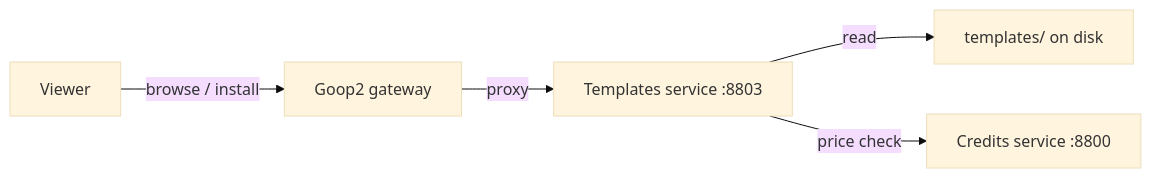
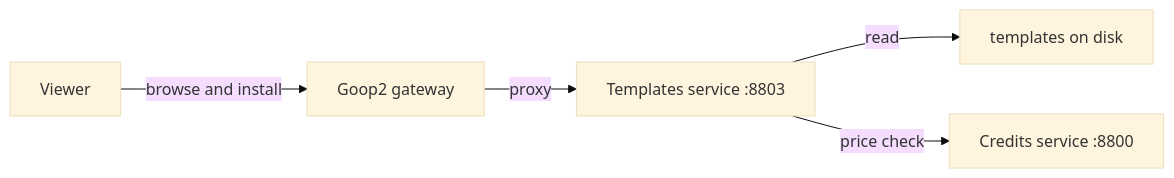
Before and after one commit to petervdpas/goop2: the diagram in internal/rendezvous/docs/05-templates.md, drawn with Mermaid (base theme). The commit also changed 9 other files, not shown here.

````diff
--- a/internal/rendezvous/docs/05-templates.md
+++ b/internal/rendezvous/docs/05-templates.md
@@ -60,7 +60,7 @@
 ```mermaid
 graph LR
-    V[Viewer] -->|browse / install| GW[Goop2 gateway]
-    GW -->|proxy| TS[Templates service :8803]
-    TS -->|read| D[templates/ on disk]
-    TS -->|price check| CS[Credits service :8800]
+    V["Viewer"] -->|"browse and install"| GW["Goop2 gateway"]
+    GW -->|proxy| TS["Templates service :8803"]
+    TS -->|read| D["templates on disk"]
+    TS -->|"price check"| CS["Credits service :8800"]
 ```
````
